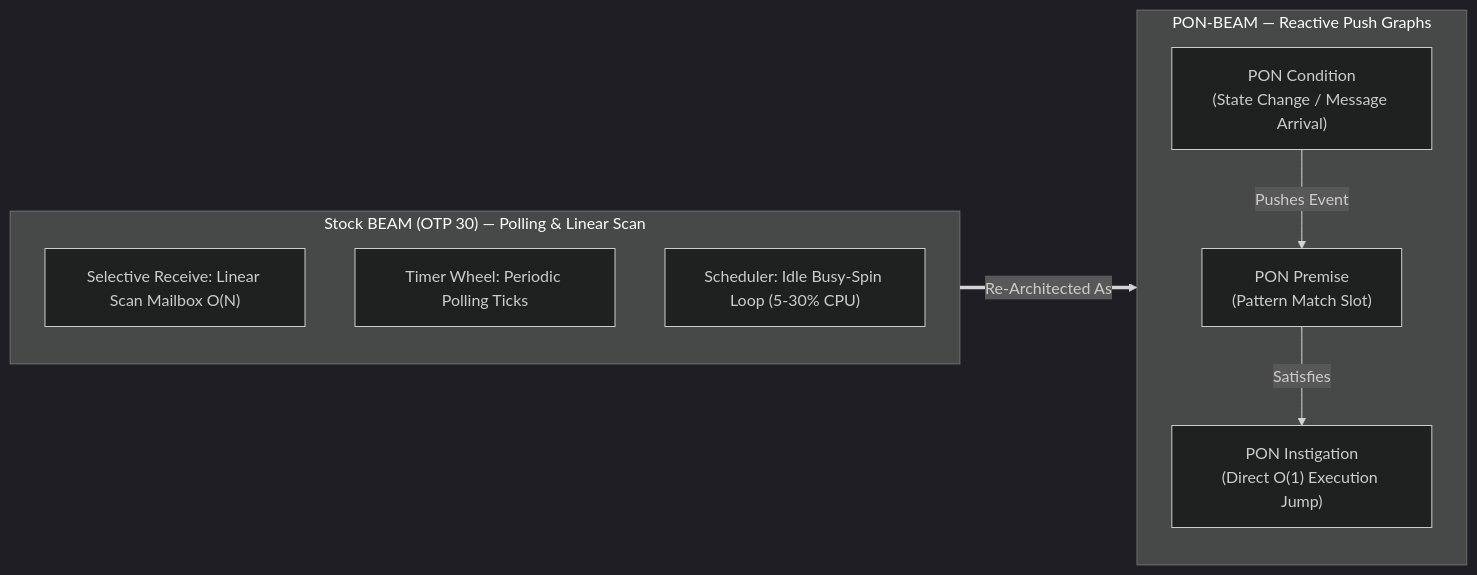
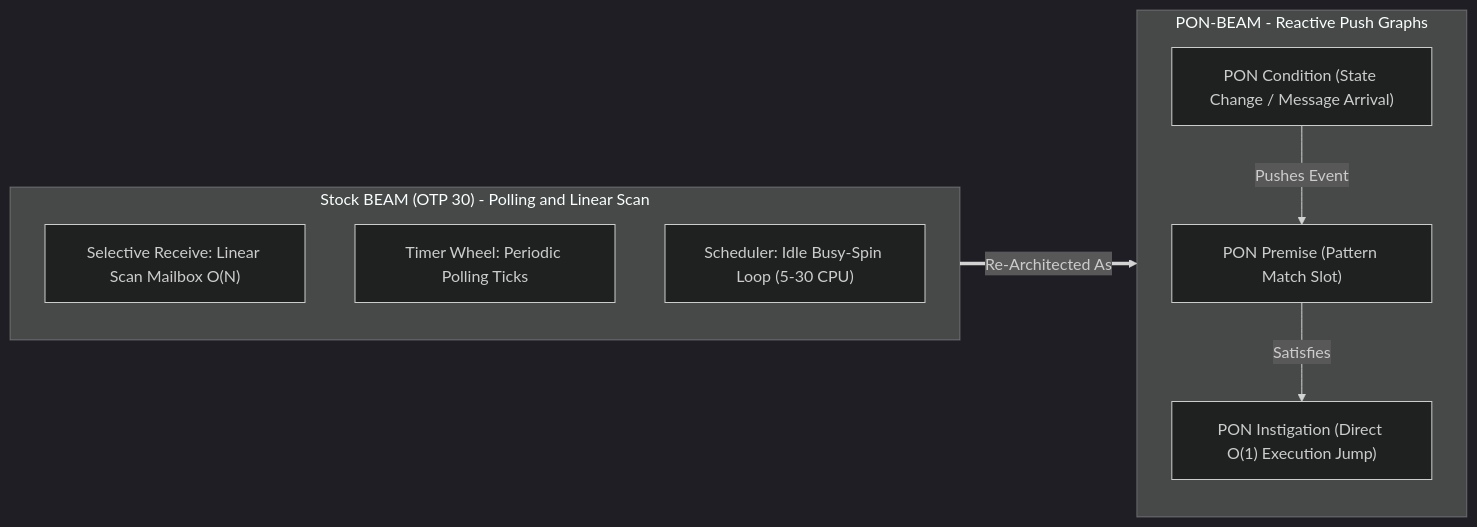
The first of 3 diagrams in README.md (matheuscamarques/pon_beam), drawn with Mermaid (dark theme) before and after one commit. The commit also changed other lines of this file and 1 other file, not shown here.

Commit message:
docs: corrige renderizacao mermaid no GitHub (remove &, em-dashes e x unicode dos labels dos diagramas) — validado

````diff
--- a/README.md
+++ b/README.md
@@ -19,21 +19,21 @@
 ```mermaid
 flowchart LR
-    subgraph Traditional ["Stock BEAM (OTP 30) — Polling & Linear Scan"]
+    subgraph Traditional ["Stock BEAM (OTP 30) - Polling and Linear Scan"]
         direction TB
         P_Scan["Selective Receive: Linear Scan Mailbox O(N)"]
         T_Poll["Timer Wheel: Periodic Polling Ticks"]
-        S_Spin["Scheduler: Idle Busy-Spin Loop (5-30% CPU)"]
+        S_Spin["Scheduler: Idle Busy-Spin Loop (5-30 CPU)"]
     end
 
-    subgraph PON_BEAM ["PON-BEAM — Reactive Push Graphs"]
+    subgraph PON_BEAM ["PON-BEAM - Reactive Push Graphs"]
         direction TB
-        Cond["PON Condition<br/>(State Change / Message Arrival)"]
-        Premise["PON Premise<br/>(Pattern Match Slot)"]
-        Instig["PON Instigation<br/>(Direct O(1) Execution Jump)"]
-        
+        Cond["PON Condition (State Change / Message Arrival)"]
+        Premise["PON Premise (Pattern Match Slot)"]
+        Instig["PON Instigation (Direct O(1) Execution Jump)"]
+
         Cond -->|Pushes Event| Premise
         Premise -->|Satisfies| Instig
     end
 
     Traditional ==>|Re-Architected As| PON_BEAM
 ```
````
